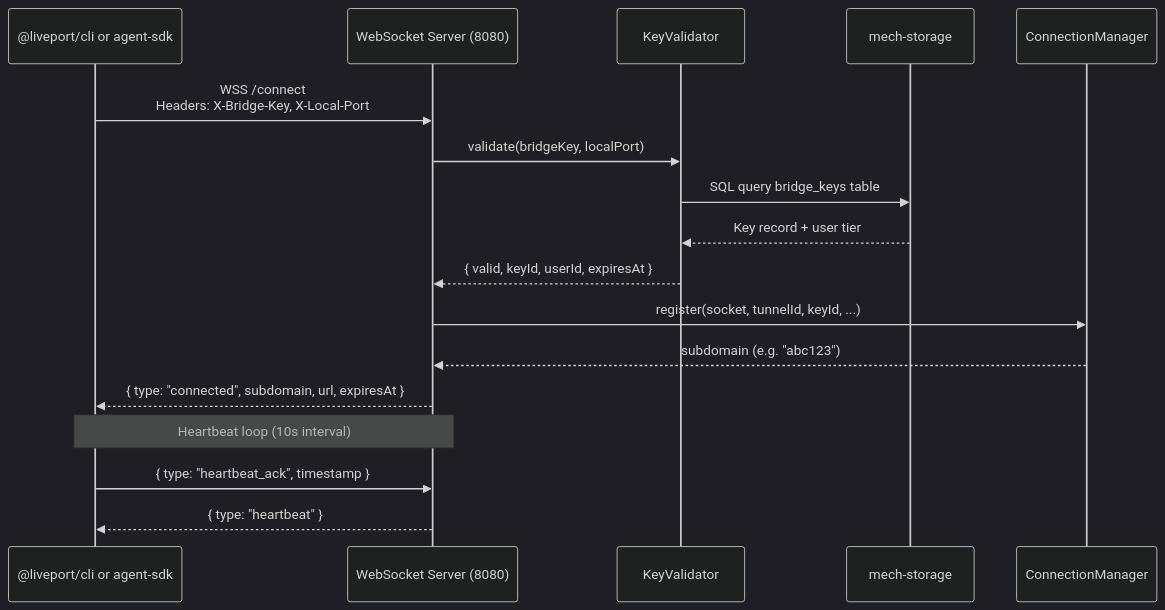
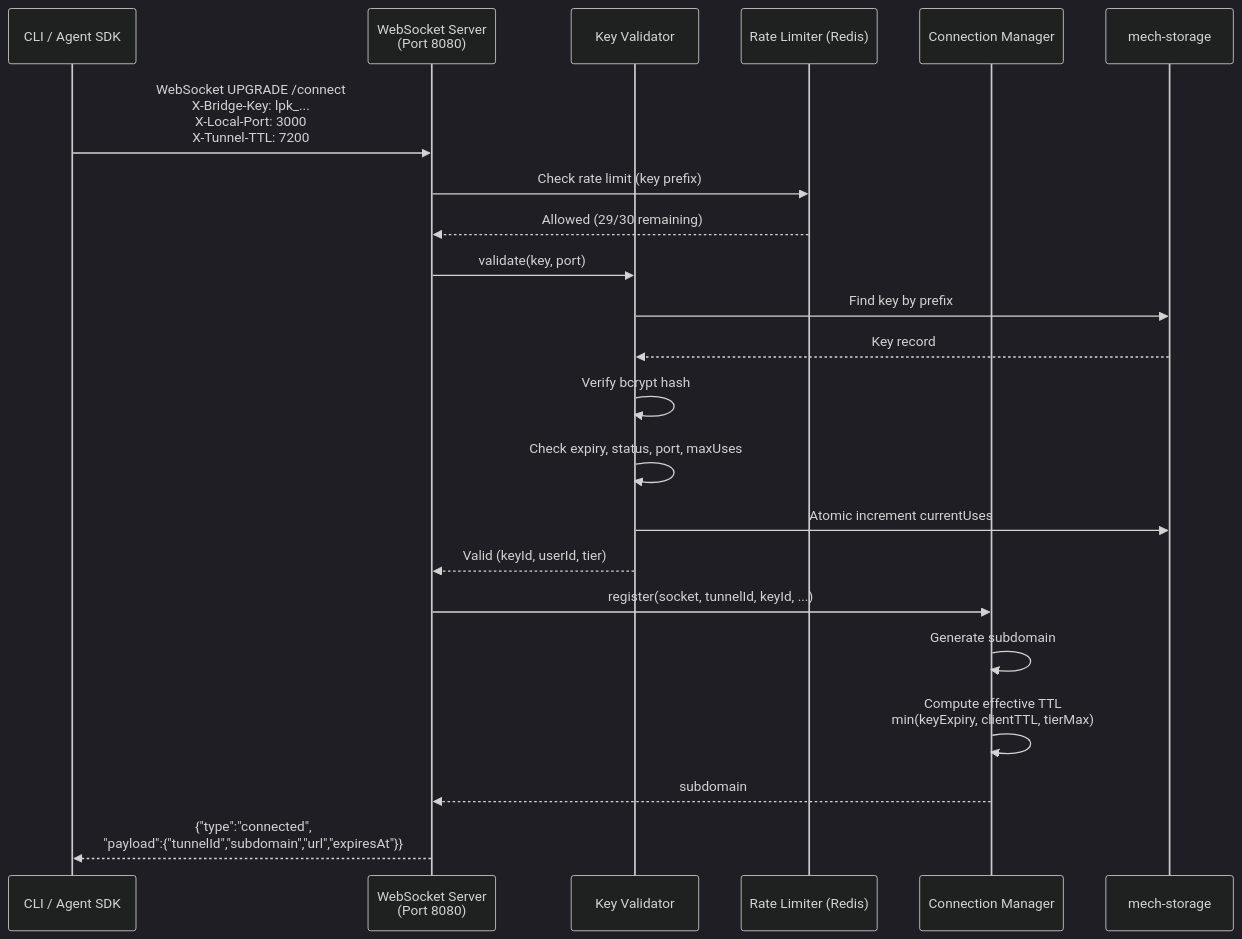
Before and after one commit to dundas/liveport: the second of 4 diagrams in docs/ARCHITECTURE.md, drawn with Mermaid (dark theme). The commit also changed other lines of this file and 17 other files, not shown here.

````diff
--- a/docs/ARCHITECTURE.md
+++ b/docs/ARCHITECTURE.md
@@ -83,21 +65,25 @@
 ```mermaid
 sequenceDiagram
-    participant CLI as @liveport/cli or agent-sdk
-    participant WS as WebSocket Server (8080)
-    participant KV as KeyValidator
+    participant CLI as CLI / Agent SDK
+    participant WS as WebSocket Server<br/>(Port 8080)
+    participant KV as Key Validator
+    participant RL as Rate Limiter (Redis)
+    participant CM as Connection Manager
     participant DB as mech-storage
-    participant CM as ConnectionManager
 
-    CLI->>WS: WSS /connect<br/>Headers: X-Bridge-Key, X-Local-Port
-    WS->>KV: validate(bridgeKey, localPort)
-    KV->>DB: SQL query bridge_keys table
-    DB-->>KV: Key record + user tier
-    KV-->>WS: { valid, keyId, userId, expiresAt }
+    CLI->>WS: WebSocket UPGRADE /connect<br/>X-Bridge-Key: lpk_...<br/>X-Local-Port: 3000<br/>X-Tunnel-TTL: 7200
+    WS->>RL: Check rate limit (key prefix)
+    RL-->>WS: Allowed (29/30 remaining)
+    WS->>KV: validate(key, port)
+    KV->>DB: Find key by prefix
+    DB-->>KV: Key record
+    KV->>KV: Verify bcrypt hash
+    KV->>KV: Check expiry, status, port, maxUses
+    KV->>DB: Atomic increment currentUses
+    KV-->>WS: Valid (keyId, userId, tier)
     WS->>CM: register(socket, tunnelId, keyId, ...)
-    CM-->>WS: subdomain (e.g. "abc123")
-    WS-->>CLI: { type: "connected", subdomain, url, expiresAt }
-
-    Note over CLI,WS: Heartbeat loop (10s interval)
-    CLI->>WS: { type: "heartbeat_ack", timestamp }
-    WS-->>CLI: { type: "heartbeat" }
+    CM->>CM: Generate subdomain
+    CM->>CM: Compute effective TTL<br/>min(keyExpiry, clientTTL, tierMax)
+    CM-->>WS: subdomain
+    WS-->>CLI: {"type":"connected",<br/>"payload":{"tunnelId","subdomain","url","expiresAt"}}
 ```
````
